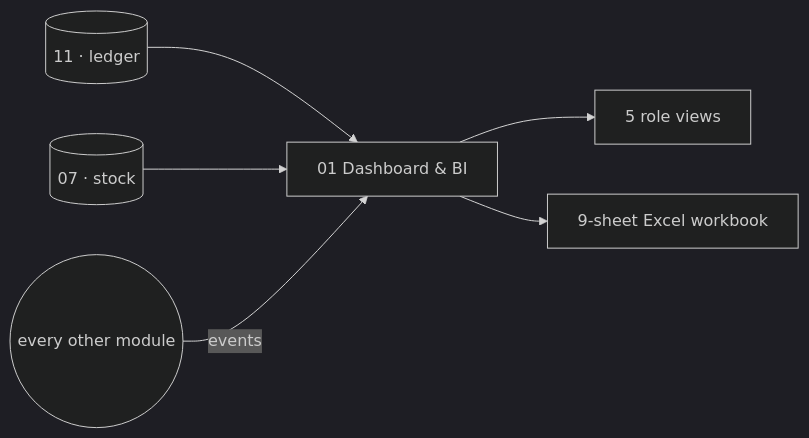
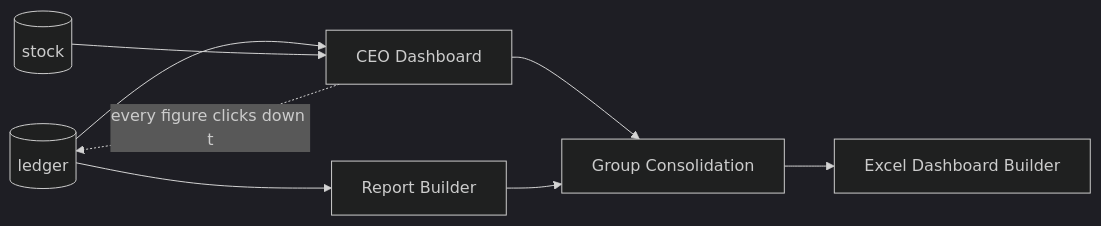
The first of 16 diagrams in VASTRANGAM_MODULES_COMPLETE.md (vastrangam/AI_Content_Engine), drawn with Mermaid (dark theme) before and after one commit. The commit also changed other lines of this file and 1 other file, not shown here.

First line of the commit message:
Rewrite module book at app + screen level (78 apps, BUILT/SPEC marked)

````diff
--- a/VASTRANGAM_MODULES_COMPLETE.md
+++ b/VASTRANGAM_MODULES_COMPLETE.md
@@ -71,8 +24,10 @@
 ```mermaid
 flowchart LR
-  GL[(11 · ledger)] --> D[01 Dashboard & BI]
-  INV[(07 · stock)] --> D
-  ALL((every other module)) -->|events| D
-  D --> ROLES[5 role views]
-  D --> XL[9-sheet Excel workbook]
+  GL[(ledger)] --> DASH[CEO Dashboard]
+  STK[(stock)] --> DASH
+  GL --> RB[Report Builder]
+  DASH --> GC[Group Consolidation]
+  RB --> GC
+  GC --> XL[Excel Dashboard Builder]
+  DASH -.every figure clicks down to.-> GL
 ```
````
